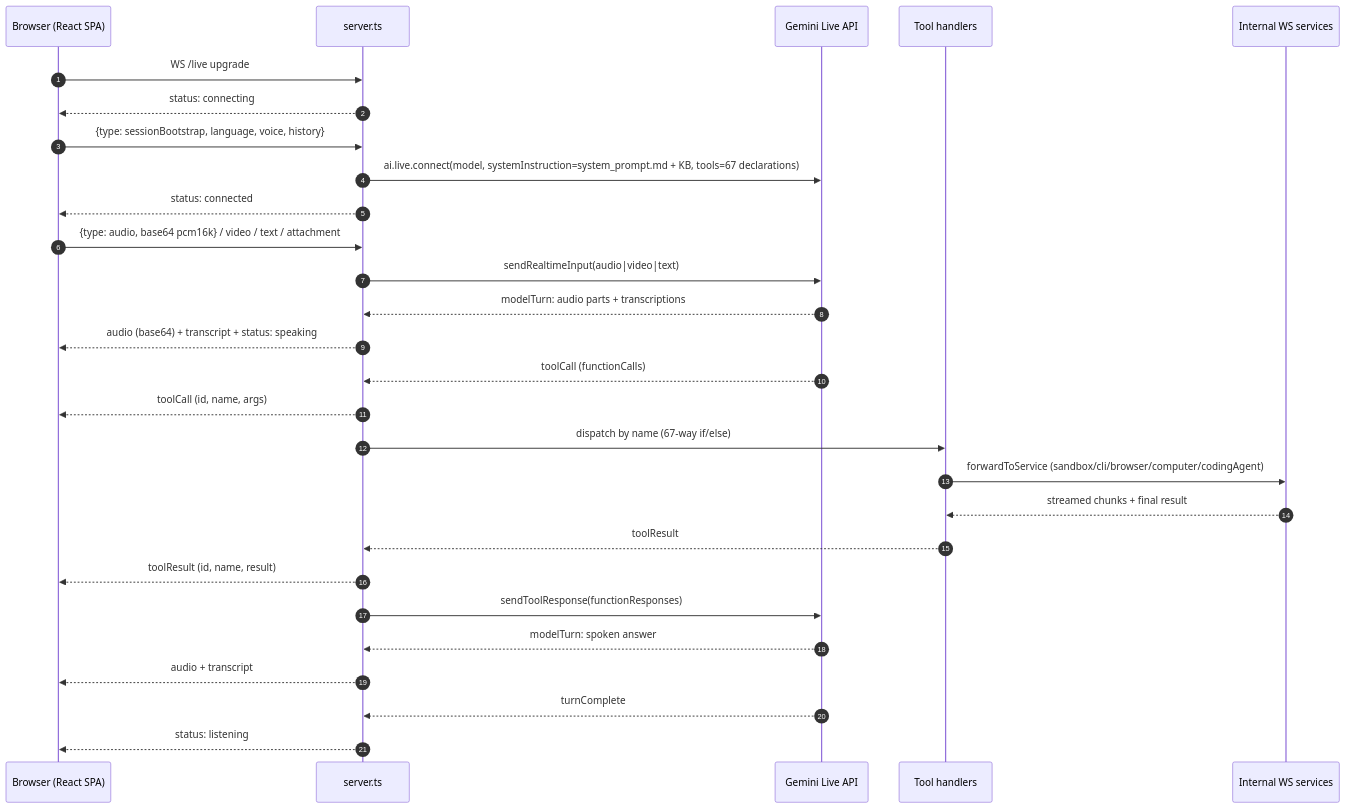
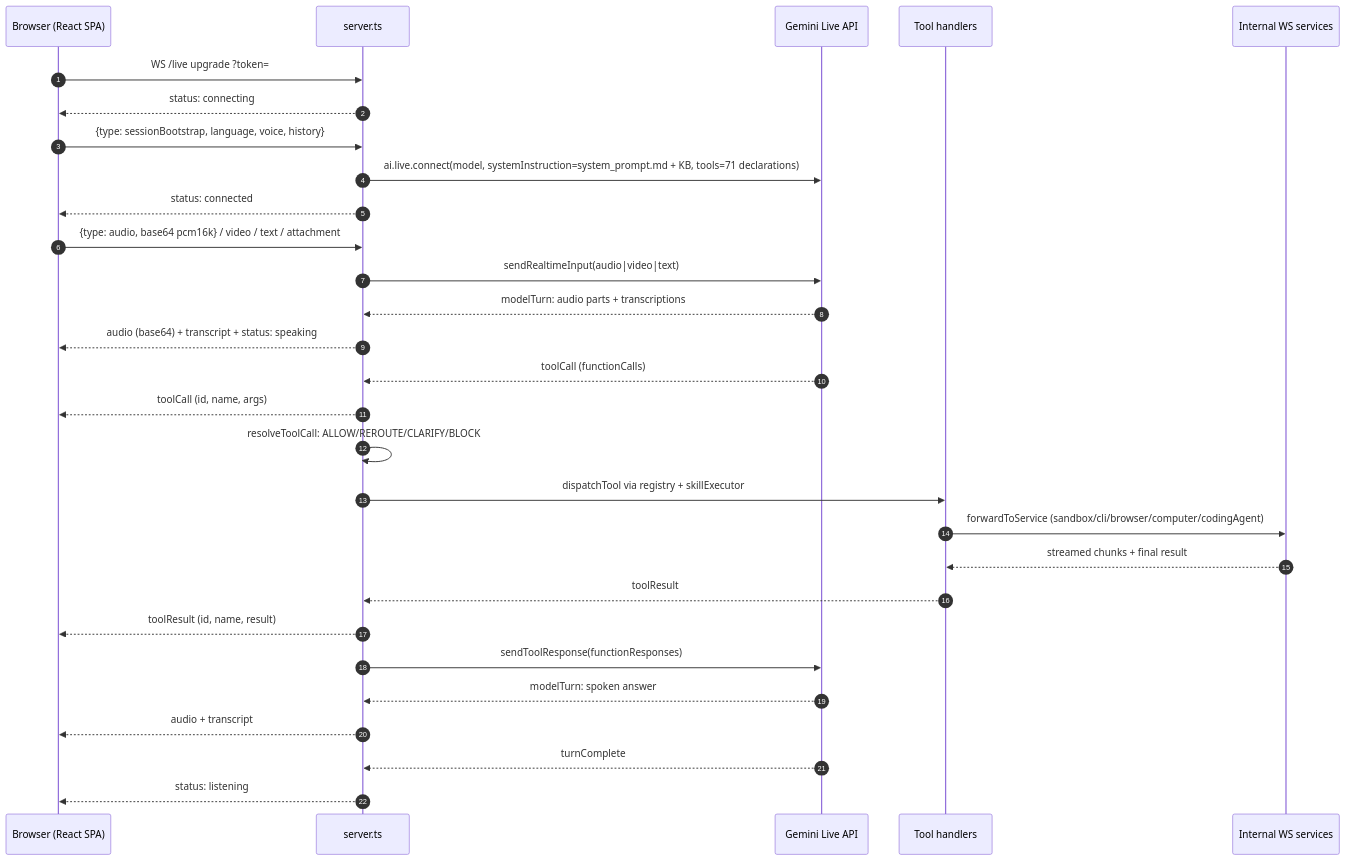
One commit to lovegold120221-dot/remix-beatrice-oss changed the second of 9 diagrams in APP_LOGIC.md. Above: the diagram before and after it, drawn with Mermaid. The commit also changed other lines of this file and 2 other files, not shown here.

Commit message:
docs: refresh FLOW.md/APP_LOGIC.md for auth, skill routing, declarations, memory fallback, video queue, task store

````diff
--- a/APP_LOGIC.md
+++ b/APP_LOGIC.md
@@ -29,31 +32,32 @@
 ```mermaid
 sequenceDiagram
     autonumber
     participant U as Browser (React SPA)
     participant S as server.ts
     participant L as Gemini Live API
     participant T as Tool handlers
     participant SV as Internal WS services
 
-    U->>S: WS /live upgrade
+    U->>S: WS /live upgrade ?token=
     S-->>U: status: connecting
     U->>S: {type: sessionBootstrap, language, voice, history}
-    S->>L: ai.live.connect(model, systemInstruction=system_prompt.md + KB, tools=67 declarations)
+    S->>L: ai.live.connect(model, systemInstruction=system_prompt.md + KB, tools=71 declarations)
     S-->>U: status: connected
     U->>S: {type: audio, base64 pcm16k} / video / text / attachment
     S->>L: sendRealtimeInput(audio|video|text)
     L-->>S: modelTurn: audio parts + transcriptions
     S-->>U: audio (base64) + transcript + status: speaking
     L-->>S: toolCall (functionCalls)
     S-->>U: toolCall (id, name, args)
-    S->>T: dispatch by name (67-way if/else)
+    S->>S: resolveToolCall: ALLOW/REROUTE/CLARIFY/BLOCK
+    S->>T: dispatchTool via registry + skillExecutor
     T->>SV: forwardToService (sandbox/cli/browser/computer/codingAgent)
     SV-->>T: streamed chunks + final result
     T-->>S: toolResult
     S-->>U: toolResult (id, name, result)
     S->>L: sendToolResponse(functionResponses)
     L-->>S: modelTurn: spoken answer
     S-->>U: audio + transcript
     L-->>S: turnComplete
     S-->>U: status: listening
 ```
````
